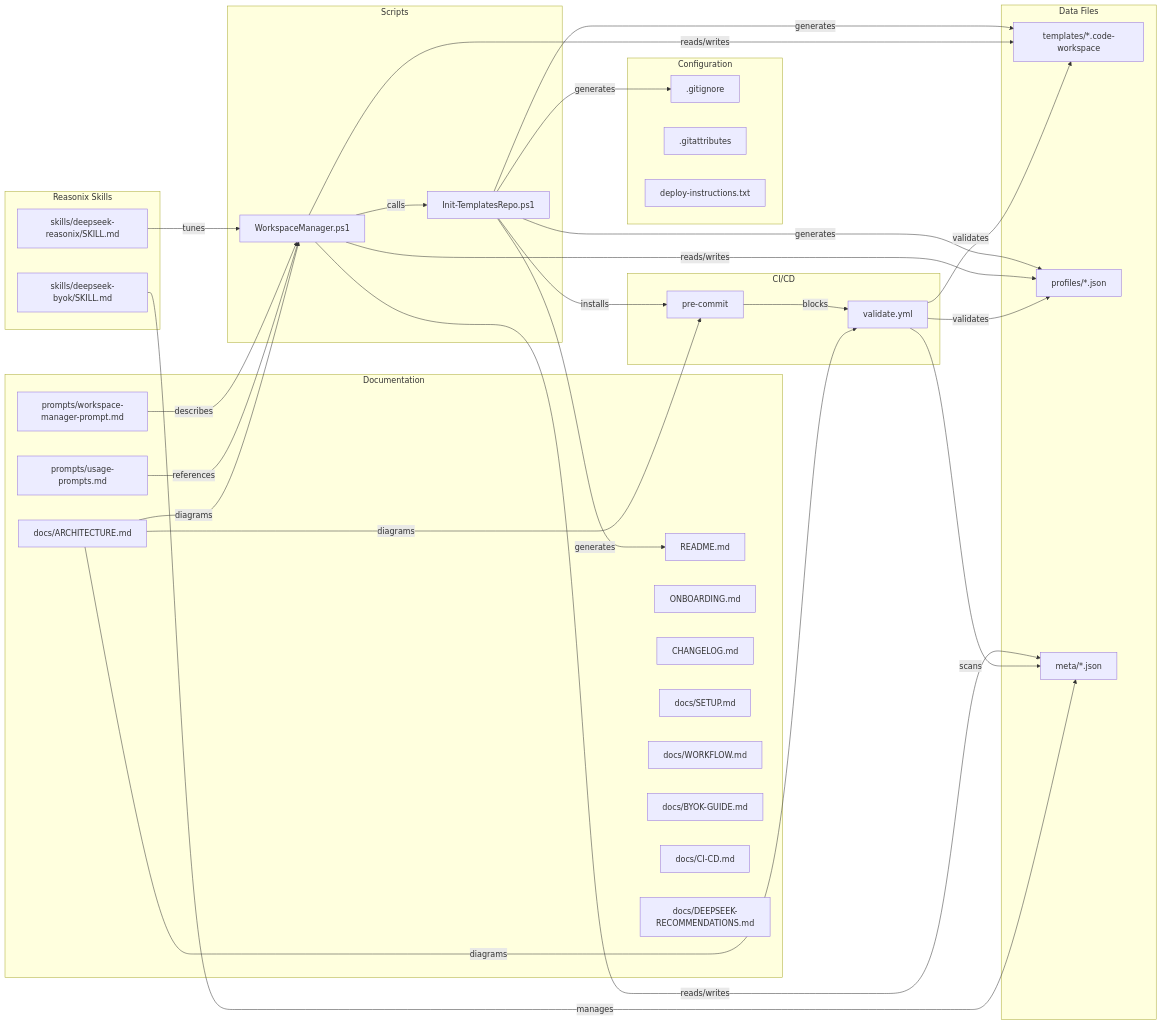
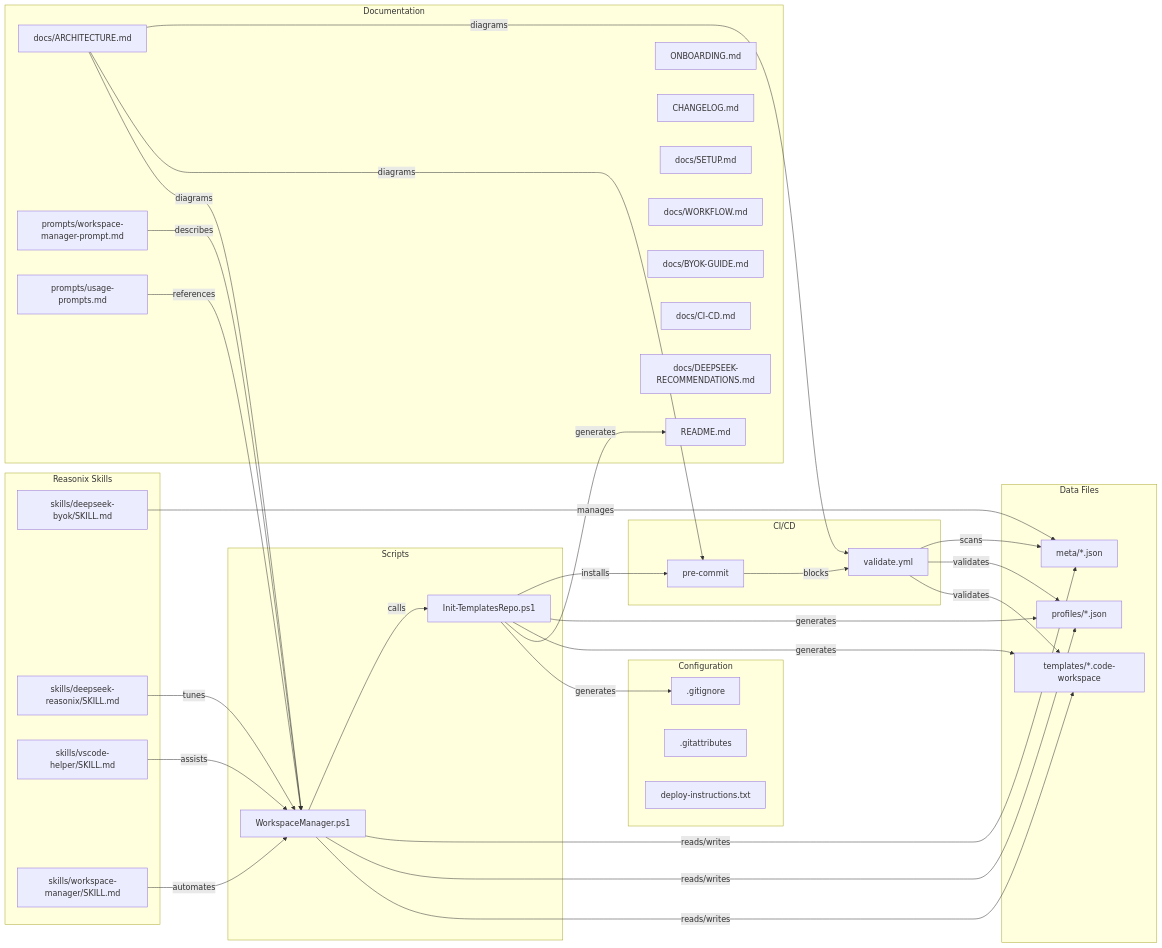
One commit to doma77git/vscode-workspace-manager changed the fifth of 6 diagrams in docs/ARCHITECTURE.md. Above: the diagram before and after it, drawn with Mermaid. The commit also changed 15 other files, not shown here.

Commit message:
docs: fix stale references, add docs portal, add universal launcher to UML

````diff
--- a/docs/ARCHITECTURE.md
+++ b/docs/ARCHITECTURE.md
@@ -182,64 +182,68 @@
 ```mermaid
 graph LR
     subgraph Config["Configuration"]
         GITIGNORE[".gitignore"]
         GITATTR[".gitattributes"]
         DEPLOY["deploy-instructions.txt"]
     end
 
     subgraph Core["Scripts"]
         WM["WorkspaceManager.ps1"]
         INIT["Init-TemplatesRepo.ps1"]
     end
 
     subgraph Data["Data Files"]
         TPL["templates/*.code-workspace"]
         PROF["profiles/*.json"]
         META["meta/*.json"]
     end
 
     subgraph Docs["Documentation"]
         README["README.md"]
         ONBOARD["ONBOARDING.md"]
         CHLOG["CHANGELOG.md"]
         DSETUP["docs/SETUP.md"]
         DWF["docs/WORKFLOW.md"]
         DBYOK["docs/BYOK-GUIDE.md"]
         DCI["docs/CI-CD.md"]
         DDSR["docs/DEEPSEEK-RECOMMENDATIONS.md"]
         DARCH["docs/ARCHITECTURE.md"]
         PWP["prompts/workspace-manager-prompt.md"]
         PUP["prompts/usage-prompts.md"]
     end
 
     subgraph Skills["Reasonix Skills"]
         SBYOK["skills/deepseek-byok/SKILL.md"]
         SRSNX["skills/deepseek-reasonix/SKILL.md"]
+        SVSC["skills/vscode-helper/SKILL.md"]
+        SWSM["skills/workspace-manager/SKILL.md"]
     end
 
     subgraph CI_Files["CI/CD"]
         CIF["validate.yml"]
         HOOK["pre-commit"]
     end
 
     INIT -->|"generates"| GITIGNORE
     INIT -->|"generates"| README
     INIT -->|"generates"| TPL
     INIT -->|"generates"| PROF
     INIT -->|"installs"| HOOK
     WM -->|"reads/writes"| TPL
     WM -->|"reads/writes"| PROF
     WM -->|"reads/writes"| META
     WM -->|"calls"| INIT
     HOOK -->|"blocks"| CIF
     CIF -->|"validates"| TPL
     CIF -->|"validates"| PROF
     CIF -->|"scans"| META
     PWP -->|"describes"| WM
     PUP -->|"references"| WM
     SBYOK -->|"manages"| META
     SRSNX -->|"tunes"| WM
+    SVSC -->|"assists"| WM
+    SWSM -->|"automates"| WM
     DARCH -->|"diagrams"| WM
     DARCH -->|"diagrams"| HOOK
     DARCH -->|"diagrams"| CIF
 ```
````
